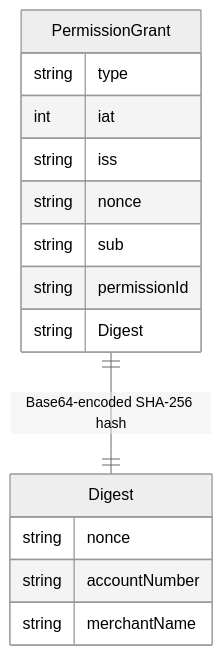
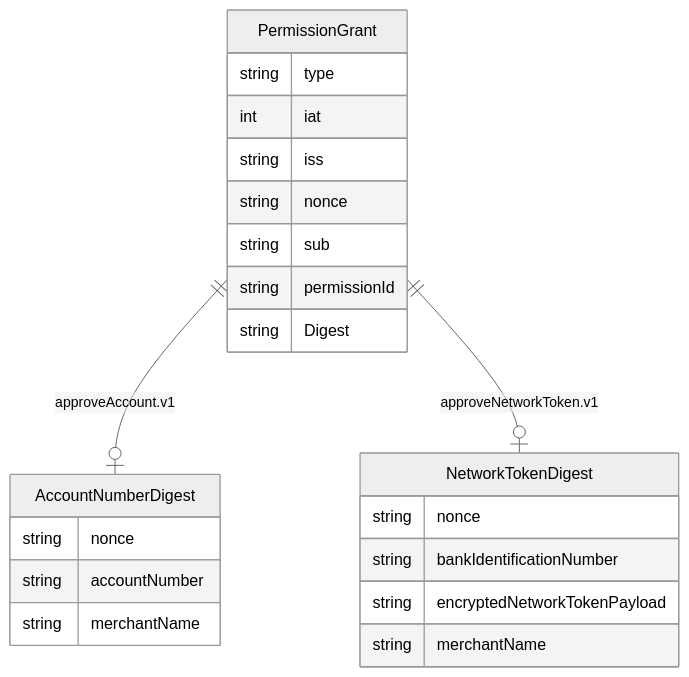
Before and after one commit to BankAxept/bankaxept-epayment-development-kit: the second of 7 diagrams in docs/authentication_interoperability.md, drawn with Mermaid (neutral theme). The commit also changed other lines of this file and 3 other files, not shown here.

Commit message:
feat(enrolment): revise network token flow

````diff
--- a/docs/authentication_interoperability.md
+++ b/docs/authentication_interoperability.md
@@ -128,18 +123,25 @@
 ```mermaid
 erDiagram
-    PermissionGrant ||--|| Digest: "Base64-encoded SHA-256 hash"
+    PermissionGrant ||--o| AccountNumberDigest: "approveAccount.v1"
+    PermissionGrant ||--o| NetworkTokenDigest: "approveNetworkToken.v1"
     PermissionGrant {
         string type
         int iat
         string iss
         string nonce
         string sub
         string permissionId
         string Digest
     }
-    Digest {
+    AccountNumberDigest {
         string nonce
         string accountNumber
         string merchantName
     }
+    NetworkTokenDigest {
+        string nonce
+        string bankIdentificationNumber
+        string encryptedNetworkTokenPayload
+        string merchantName
+    }
 ```
````
